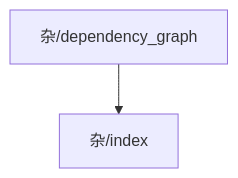
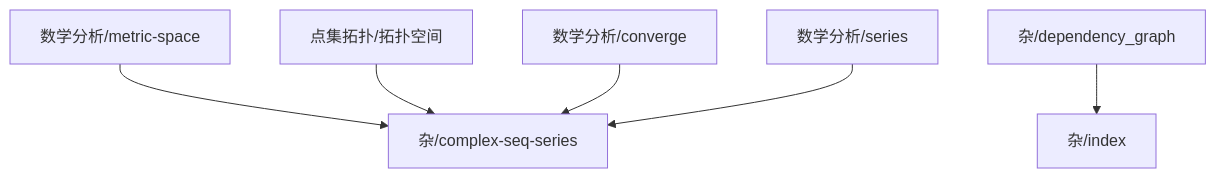
Before and after one commit to zeroDtree/zeroDtree.github.io: the diagram in content/杂/dependency_graph.md, drawn with Mermaid. The commit also changed 7 other files, not shown here.

````diff
--- a/content/杂/dependency_graph.md
+++ b/content/杂/dependency_graph.md
@@ -1,4 +1,8 @@
 ```mermaid
 graph TD
-1["杂/dependency_graph"] --> 0["杂/index"]
+1["数学分析/metric-space"] --> 0["杂/complex-seq-series"]
+2["点集拓扑/拓扑空间"] --> 0["杂/complex-seq-series"]
+3["数学分析/converge"] --> 0["杂/complex-seq-series"]
+4["数学分析/series"] --> 0["杂/complex-seq-series"]
+6["杂/dependency_graph"] --> 5["杂/index"]
 ```
````
